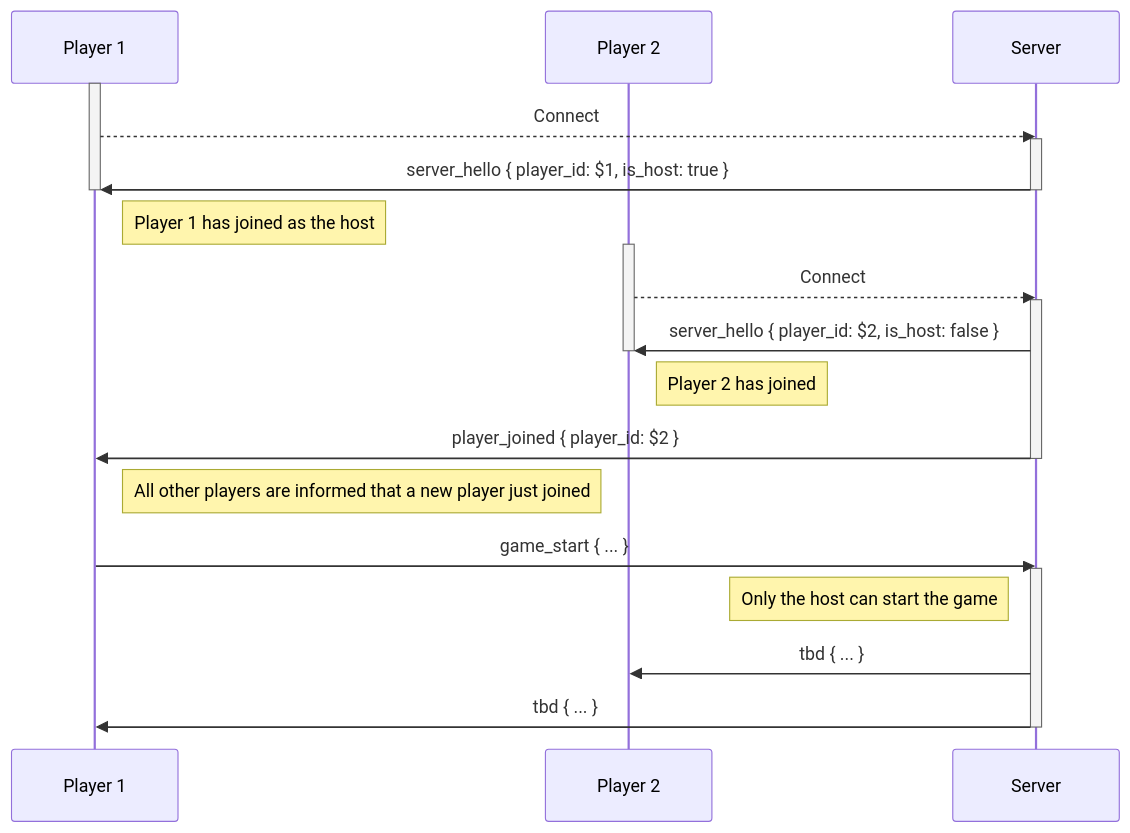
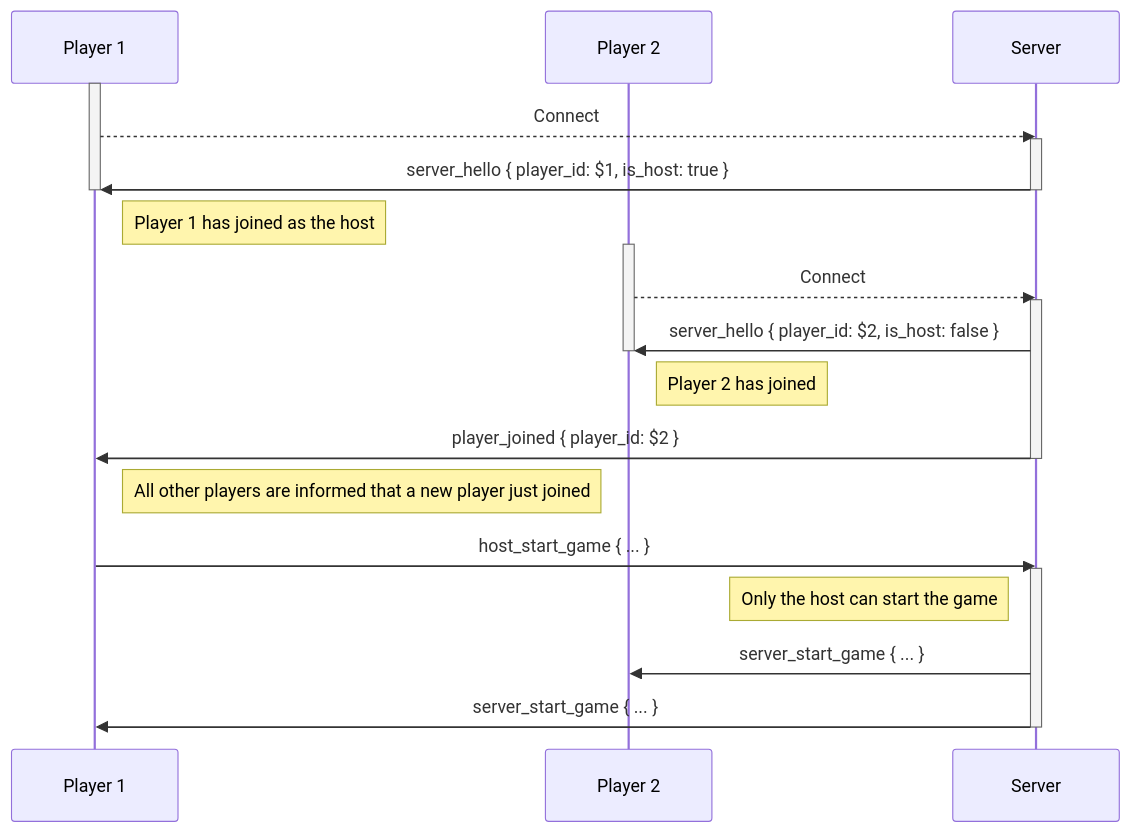
The first of 2 diagrams in docs/protocol.md (dsg-jam/ld51-server), drawn with Mermaid before and after one commit. The commit also changed 10 other files, not shown here.

Commit message:
among other things, define start game messages

````diff
--- a/docs/protocol.md
+++ b/docs/protocol.md
@@ -7,31 +7,31 @@
 ```mermaid
 sequenceDiagram
     participant p1 as Player 1
     participant p2 as Player 2
     participant server as Server
     
     activate p1
     p1-->>server: Connect
     activate server
     server->>p1: server_hello { player_id: $1, is_host: true }
     deactivate p1
     deactivate server
     note right of p1: Player 1 has joined as the host
 
     activate p2
     p2-->>server: Connect
     activate server
     server->>p2: server_hello { player_id: $2, is_host: false }
     deactivate p2
     note right of p2: Player 2 has joined
     server->>p1: player_joined { player_id: $2 }
     deactivate server
     note right of p1: All other players are informed that a new player just joined
 
-    p1->>server: game_start { ... }
+    p1->>server: host_start_game { ... }
     activate server
     note left of server: Only the host can start the game
-    server->>p2: tbd { ... }
-    server->>p1: tbd { ... }
+    server->>p2: server_start_game { ... }
+    server->>p1: server_start_game { ... }
     deactivate server
 ```
````
